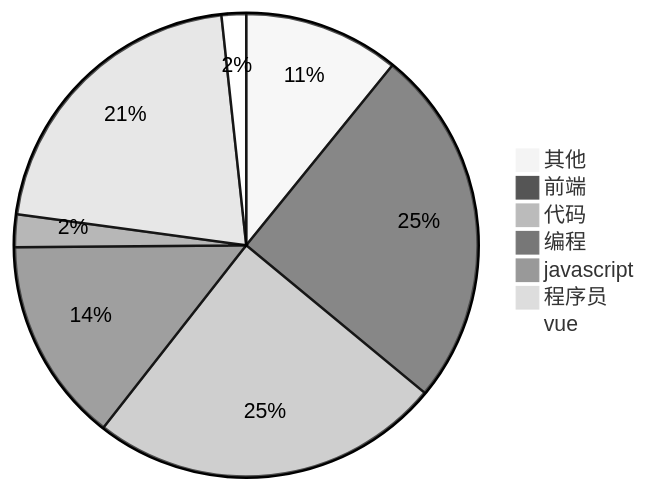
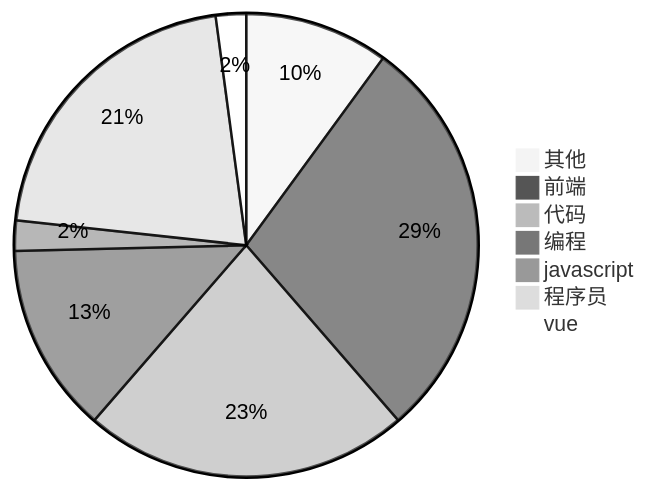
Before and after one commit to xieerduos/xieerduos.github.io: the diagram in douyin/RankingList.md, drawn with Mermaid (neutral theme). The commit also changed other lines of this file, not shown here.

````diff
--- a/douyin/RankingList.md
+++ b/douyin/RankingList.md
@@ -74,10 +74,10 @@
 ```Mermaid
 pie title 
     "其他" : 19
-    "前端" : 44
+    "前端" : 54
     "代码" : 43
     "编程" : 25
     "javascript" : 4
-    "程序员" : 37
-    "vue" : 3
+    "程序员" : 40
+    "vue" : 4
 ```
````
